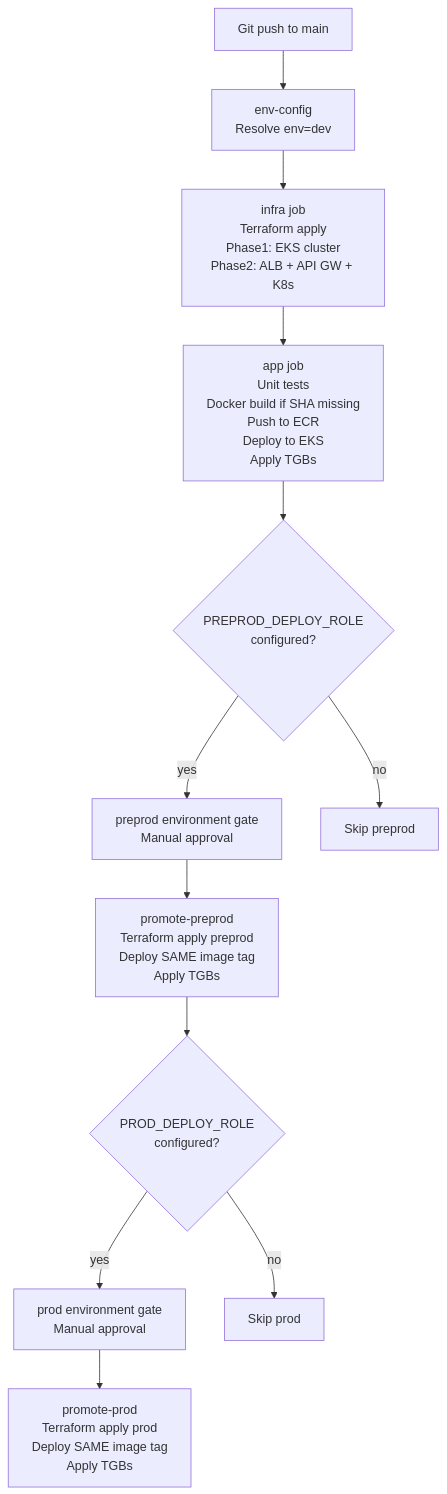
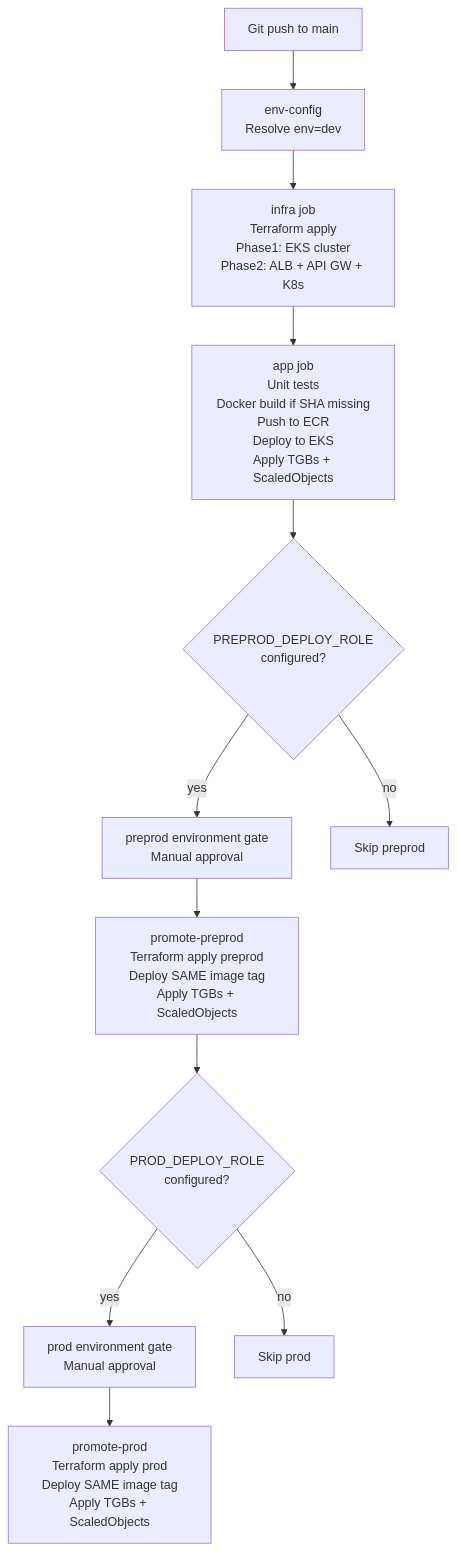
One commit to rchava25/EKS changed the third of 5 diagrams in README.md. Above: the diagram before and after it, drawn with Mermaid. The commit also changed other lines of this file and 1 other file, not shown here.

````diff
--- a/README.md
+++ b/README.md
@@ -110,14 +118,14 @@
 ```mermaid
 flowchart TD
     push[Git push to main] --> env[env-config\nResolve env=dev]
     env --> infra[infra job\nTerraform apply\nPhase1: EKS cluster\nPhase2: ALB + API GW + K8s]
-    infra --> app[app job\nUnit tests\nDocker build if SHA missing\nPush to ECR\nDeploy to EKS\nApply TGBs]
+    infra --> app[app job\nUnit tests\nDocker build if SHA missing\nPush to ECR\nDeploy to EKS\nApply TGBs + ScaledObjects]
     app --> check_pp{PREPROD_DEPLOY_ROLE\nconfigured?}
     check_pp -->|yes| gate_pp[preprod environment gate\nManual approval]
-    gate_pp --> promote_pp[promote-preprod\nTerraform apply preprod\nDeploy SAME image tag\nApply TGBs]
+    gate_pp --> promote_pp[promote-preprod\nTerraform apply preprod\nDeploy SAME image tag\nApply TGBs + ScaledObjects]
     promote_pp --> check_prod{PROD_DEPLOY_ROLE\nconfigured?}
     check_prod -->|yes| gate_prod[prod environment gate\nManual approval]
-    gate_prod --> promote_prod[promote-prod\nTerraform apply prod\nDeploy SAME image tag\nApply TGBs]
+    gate_prod --> promote_prod[promote-prod\nTerraform apply prod\nDeploy SAME image tag\nApply TGBs + ScaledObjects]
     check_pp -->|no| skip1[Skip preprod]
     check_prod -->|no| skip2[Skip prod]
 ```
````
